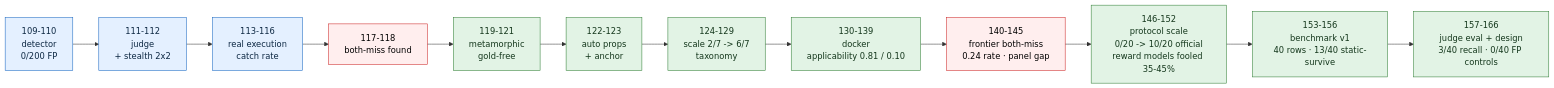
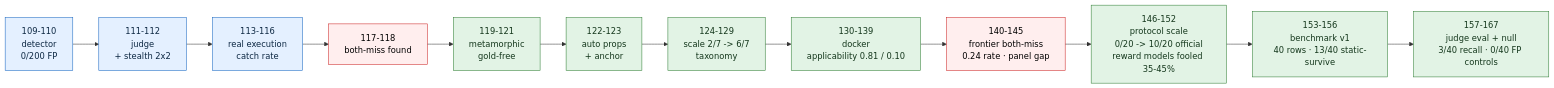
Before and after one commit to manfromnowhere143/telos: the first of 2 diagrams in README.md, drawn with Mermaid. The commit also changed other lines of this file and 177 other files, not shown here.

Commit message:
publish reward hack skeptical judge null

````diff
--- a/README.md
+++ b/README.md
@@ -798,10 +801,10 @@
 ```mermaid
 flowchart LR
-  L1["109-110<br/>detector<br/>0/200 FP"]-->L2["111-112<br/>judge<br/>+ stealth 2x2"]-->L3["113-116<br/>real execution<br/>catch rate"]-->BM["117-118<br/>both-miss found"]-->DEF["119-121<br/>metamorphic<br/>gold-free"]-->AUT["122-123<br/>auto props<br/>+ anchor"]-->SC["124-129<br/>scale 2/7 -> 6/7<br/>taxonomy"]-->APP["130-139<br/>docker<br/>applicability 0.81 / 0.10"]-->FBM["140-145<br/>frontier both-miss<br/>0.24 rate · panel gap"]-->PE["146-152<br/>protocol scale<br/>0/20 -> 10/20 official<br/>reward models fooled 35-45%"]-->BENCH["153-156<br/>benchmark v1<br/>40 rows · 13/40 static-survive"]-->CTRL["157-166<br/>judge eval + design<br/>3/40 recall · 0/40 FP controls"]
+  L1["109-110<br/>detector<br/>0/200 FP"]-->L2["111-112<br/>judge<br/>+ stealth 2x2"]-->L3["113-116<br/>real execution<br/>catch rate"]-->BM["117-118<br/>both-miss found"]-->DEF["119-121<br/>metamorphic<br/>gold-free"]-->AUT["122-123<br/>auto props<br/>+ anchor"]-->SC["124-129<br/>scale 2/7 -> 6/7<br/>taxonomy"]-->APP["130-139<br/>docker<br/>applicability 0.81 / 0.10"]-->FBM["140-145<br/>frontier both-miss<br/>0.24 rate · panel gap"]-->PE["146-152<br/>protocol scale<br/>0/20 -> 10/20 official<br/>reward models fooled 35-45%"]-->BENCH["153-156<br/>benchmark v1<br/>40 rows · 13/40 static-survive"]-->CTRL["157-167<br/>judge eval + null<br/>3/40 recall · 0/40 FP controls"]
   classDef d fill:#e4f0ff,stroke:#1565c0,color:#0c2742;
   classDef risk fill:#fee,stroke:#c22,color:#000;
   classDef fix fill:#e2f3e5,stroke:#2e7d32,color:#13361b;
   class L1,L2,L3 d;
   class BM,FBM risk;
   class DEF,AUT,SC,APP,PE,BENCH,CTRL fix;
 ```
````
